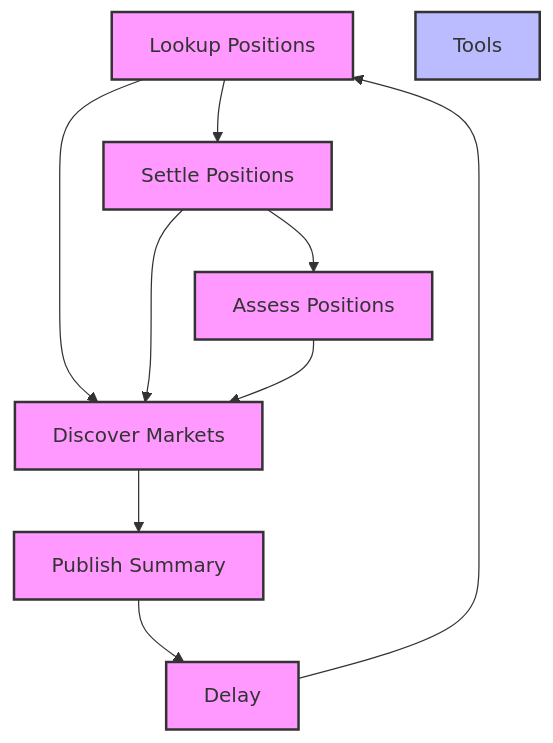
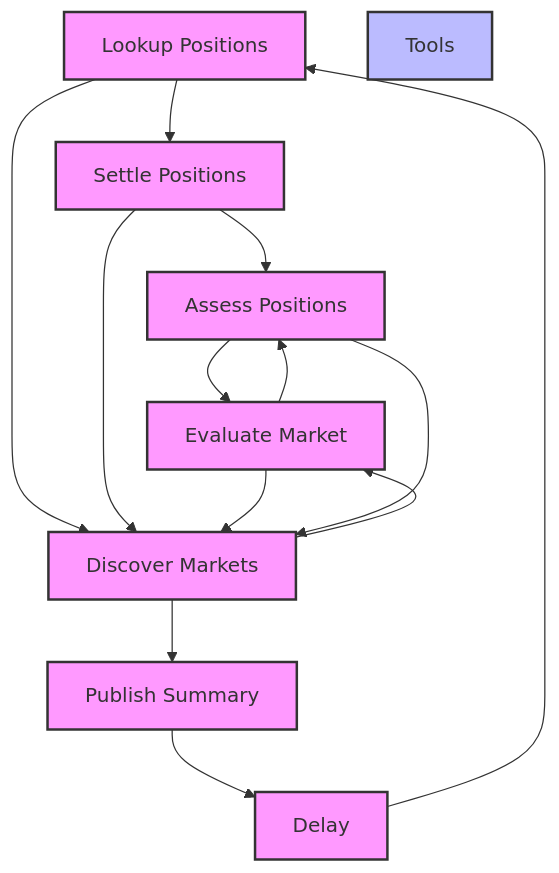
The diagram in packages/agent/docs/graph.md (sapiencexyz/sapience), drawn with Mermaid before and after one commit. The commit also changed 4 other files, not shown here.

````diff
--- a/packages/agent/docs/graph.md
+++ b/packages/agent/docs/graph.md
@@ -3,22 +3,27 @@
 ```mermaid
 graph TD;
   lookup[Lookup Positions]:::node;
   settle_positions[Settle Positions]:::node;
   assess_positions[Assess Positions]:::node;
   discover_markets[Discover Markets]:::node;
+  evaluate_market[Evaluate Market]:::node;
   publish_summary[Publish Summary]:::node;
   delay[Delay]:::node;
   tools[Tools]:::tool;
   lookup --> settle_positions;
   lookup --> discover_markets;
   settle_positions --> assess_positions;
   settle_positions --> discover_markets;
+  assess_positions --> evaluate_market;
+  evaluate_market --> assess_positions;
+  discover_markets --> evaluate_market;
+  evaluate_market --> discover_markets;
   assess_positions --> discover_markets;
   discover_markets --> publish_summary;
   publish_summary --> delay;
   delay --> lookup;
 
 classDef node fill:#f9f,stroke:#333,stroke-width:2px;
 classDef tool fill:#bbf,stroke:#333,stroke-width:2px;
 
 ```
````
